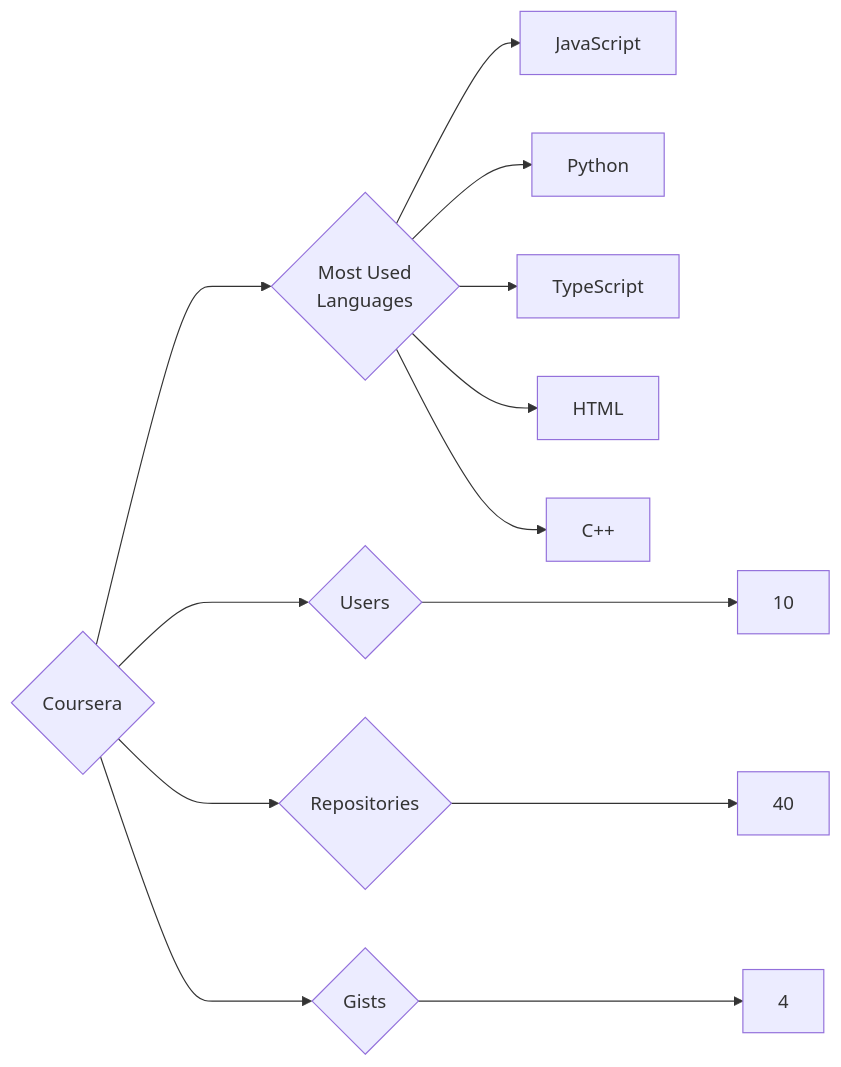
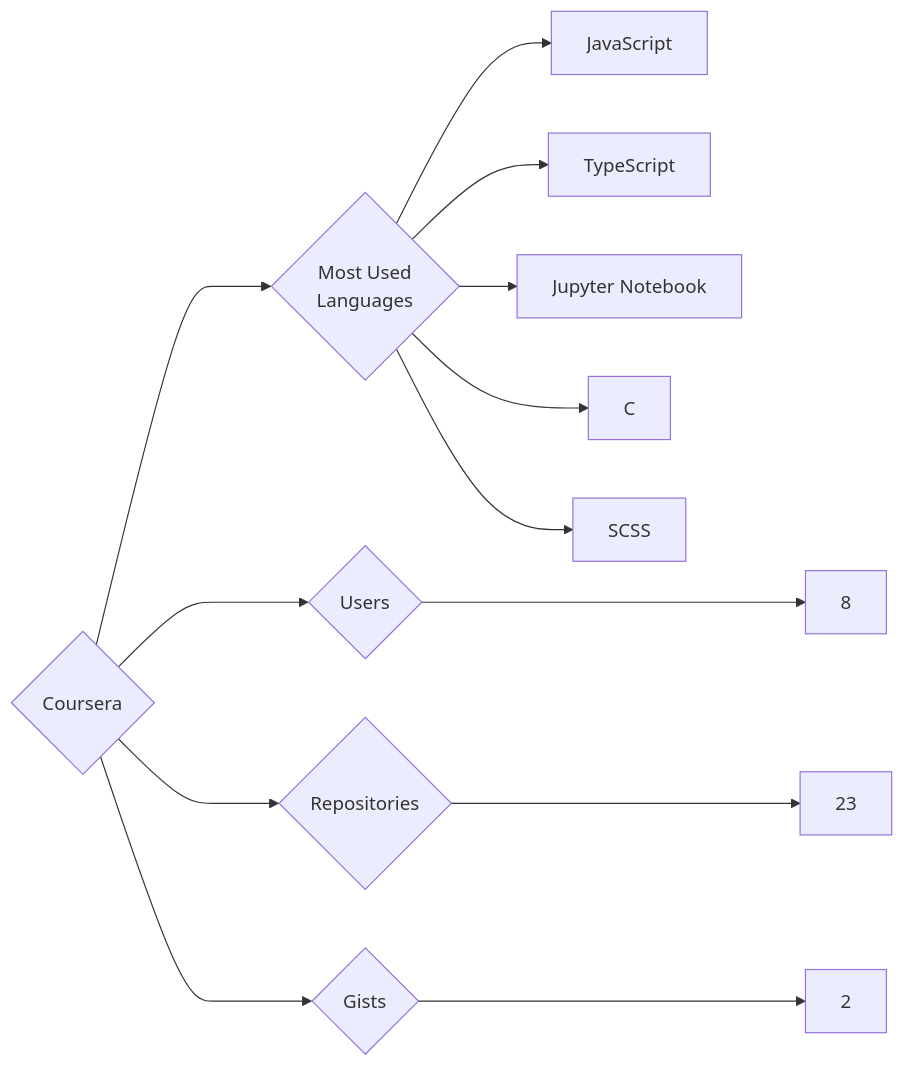
Before and after one commit to trickest/insiders: the diagram in targets/Coursera/README.md, drawn with Mermaid. The commit also changed 1195 other files, not shown here.

````diff
--- a/targets/Coursera/README.md
+++ b/targets/Coursera/README.md
@@ -3,13 +3,13 @@
 ```mermaid
 graph LR
 COMPANY_NAME{Coursera}
-COMPANY_NAME ---> U{Users} ---> UN[10]
-COMPANY_NAME ---> R{Repositories} ---> RN[40]
-COMPANY_NAME ---> G{Gists} ---> GN[4]
+COMPANY_NAME ---> U{Users} ---> UN[8]
+COMPANY_NAME ---> R{Repositories} ---> RN[23]
+COMPANY_NAME ---> G{Gists} ---> GN[2]
 COMPANY_NAME ---> ML{Most Used<br>Languages}
 ML --> JavaScript[JavaScript]
-ML --> Python[Python]
 ML --> TypeScript[TypeScript]
-ML --> HTML[HTML]
-ML --> C++[C++]
+ML --> Jupyter_Notebook[Jupyter Notebook]
+ML --> C[C]
+ML --> SCSS[SCSS]
 ```
````
